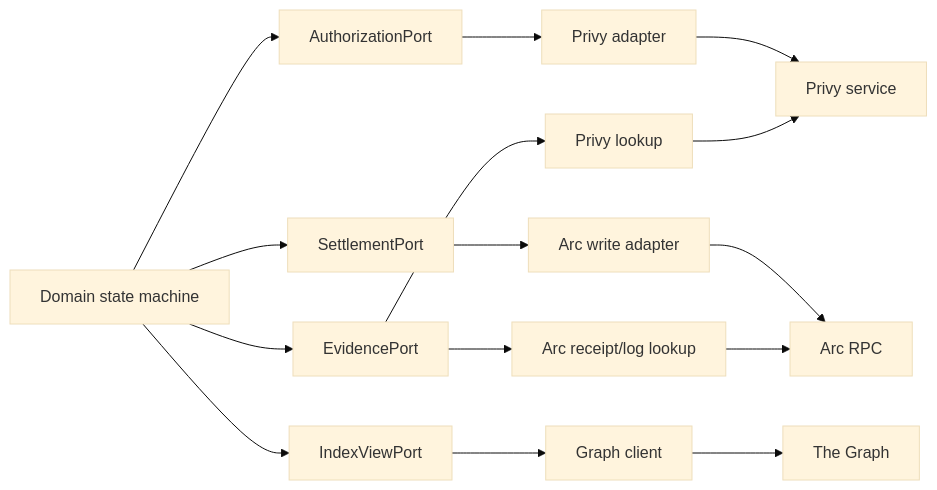
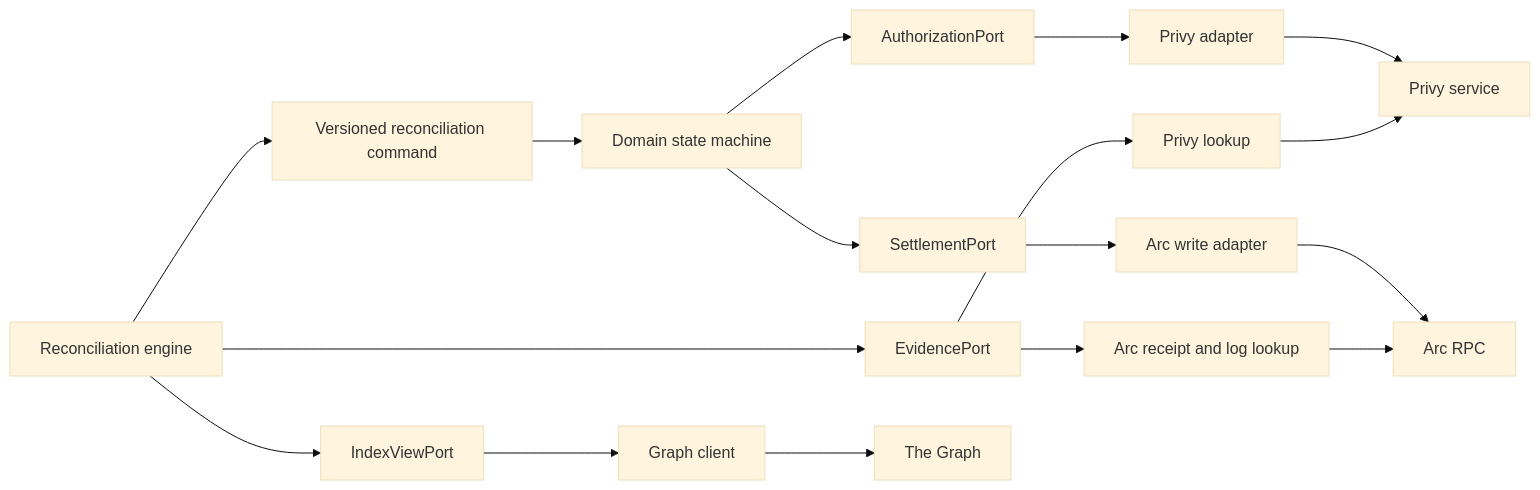
Before and after one commit to SWOFART/OneShot: the sixth of 7 diagrams in docs/DOMAIN_ARCHITECTURE.md, drawn with Mermaid (base theme). The commit also changed other lines of this file and 2 other files, not shown here.

Commit message:
docs(plan): fix recovery diagrams

````diff
--- a/docs/DOMAIN_ARCHITECTURE.md
+++ b/docs/DOMAIN_ARCHITECTURE.md
@@ -183,20 +192,25 @@
 ```mermaid
 flowchart LR
     Domain[Domain state machine]
+    Reconciliation[Reconciliation engine]
+    Command[Versioned reconciliation command]
+
     Domain --> Auth[AuthorizationPort]
     Domain --> Settle[SettlementPort]
-    Domain --> Evidence[EvidencePort]
-    Domain --> Index[IndexViewPort]
+    Reconciliation --> Evidence[EvidencePort]
+    Reconciliation --> Index[IndexViewPort]
+    Reconciliation --> Command
+    Command --> Domain
 
     Auth --> Privy[Privy adapter]
     Settle --> ArcWrite[Arc write adapter]
     Evidence --> PrivyRead[Privy lookup]
-    Evidence --> ArcRead[Arc receipt/log lookup]
+    Evidence --> ArcRead[Arc receipt and log lookup]
     Index --> GraphClient[Graph client]
 
     Privy --> External1[Privy service]
     ArcWrite --> External2[Arc RPC]
     PrivyRead --> External1
     ArcRead --> External2
     GraphClient --> External3[The Graph]
 ```
````
